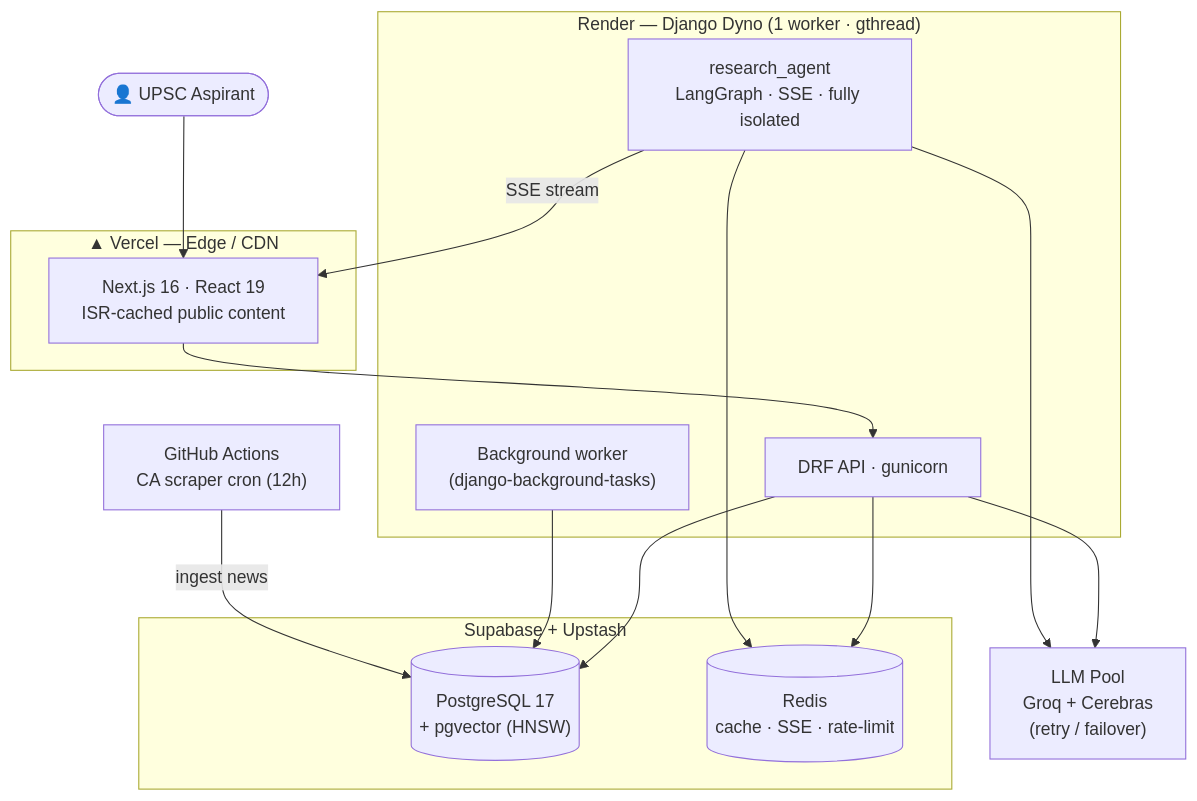
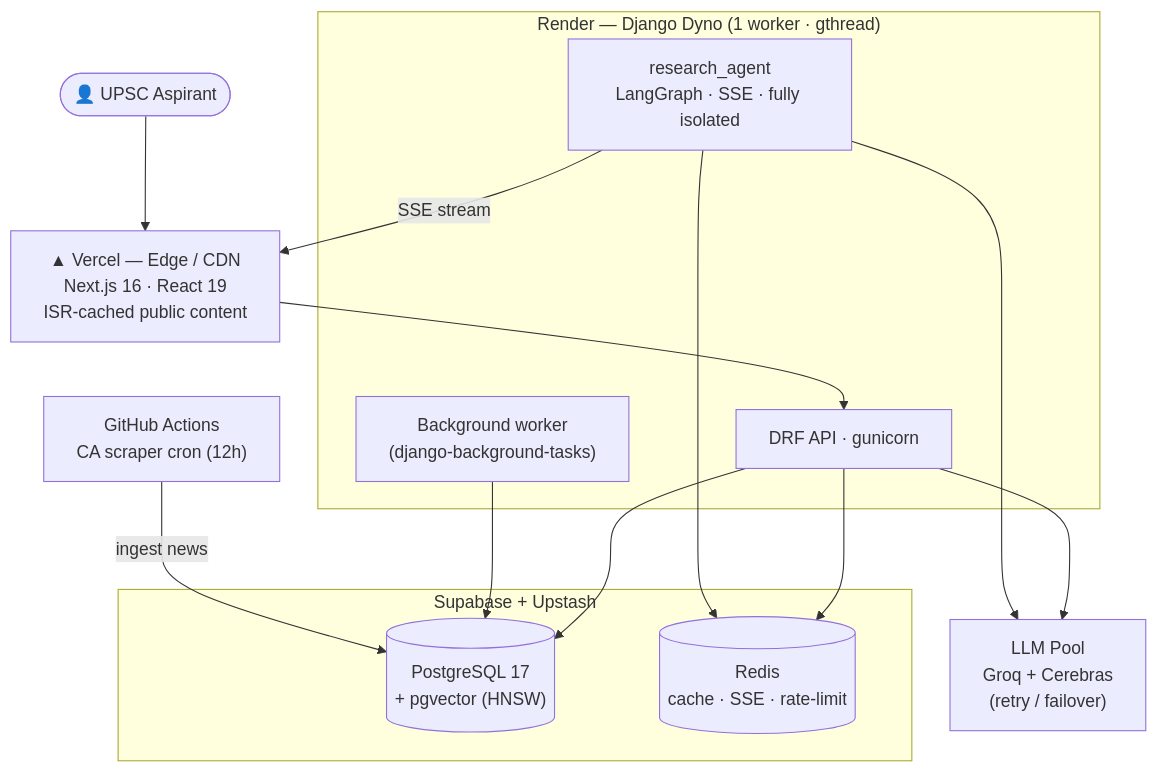
The first of 15 diagrams in README.md (vishalgoyal25/TheKnowledgeOrbits), drawn with Mermaid before and after one commit. The commit also changed other lines of this file and 1 other file, not shown here.

Commit message:
docs: fix mermaid subgraph-edge rendering bugs, update test count to 714

````diff
--- a/README.md
+++ b/README.md
@@ -111,32 +111,30 @@
 ```mermaid
 flowchart TB
     User([👤 UPSC Aspirant])
 
-    subgraph Edge["▲ Vercel — Edge / CDN"]
-        FE["Next.js 16 · React 19<br/>ISR-cached public content"]
-    end
+    FE["▲ Vercel — Edge / CDN<br/>Next.js 16 · React 19<br/>ISR-cached public content"]
 
     subgraph Render["Render — Django Dyno (1 worker · gthread)"]
         API["DRF API · gunicorn"]
         Worker["Background worker<br/>(django-background-tasks)"]
         RA["research_agent<br/>LangGraph · SSE · fully isolated"]
     end
 
     subgraph Data["Supabase + Upstash"]
         PG[("PostgreSQL 17<br/>+ pgvector (HNSW)")]
         Redis[("Redis<br/>cache · SSE · rate-limit")]
     end
 
     LLM["LLM Pool<br/>Groq + Cerebras<br/>(retry / failover)"]
     GHA["GitHub Actions<br/>CA scraper cron (12h)"]
 
     User --> FE --> API
     API --> PG
     API --> Redis
     API --> LLM
     Worker --> PG
     RA -->|SSE stream| FE
     RA --> LLM
     RA --> Redis
     GHA -->|ingest news| PG
 ```
````
